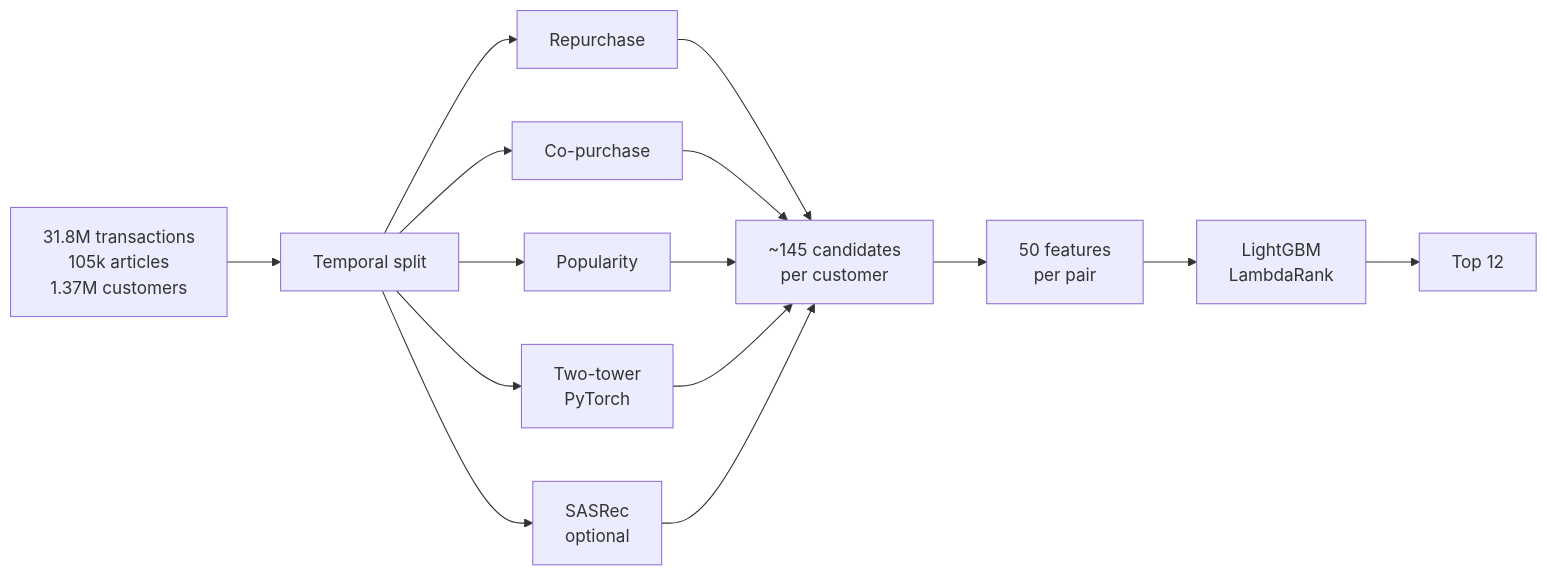
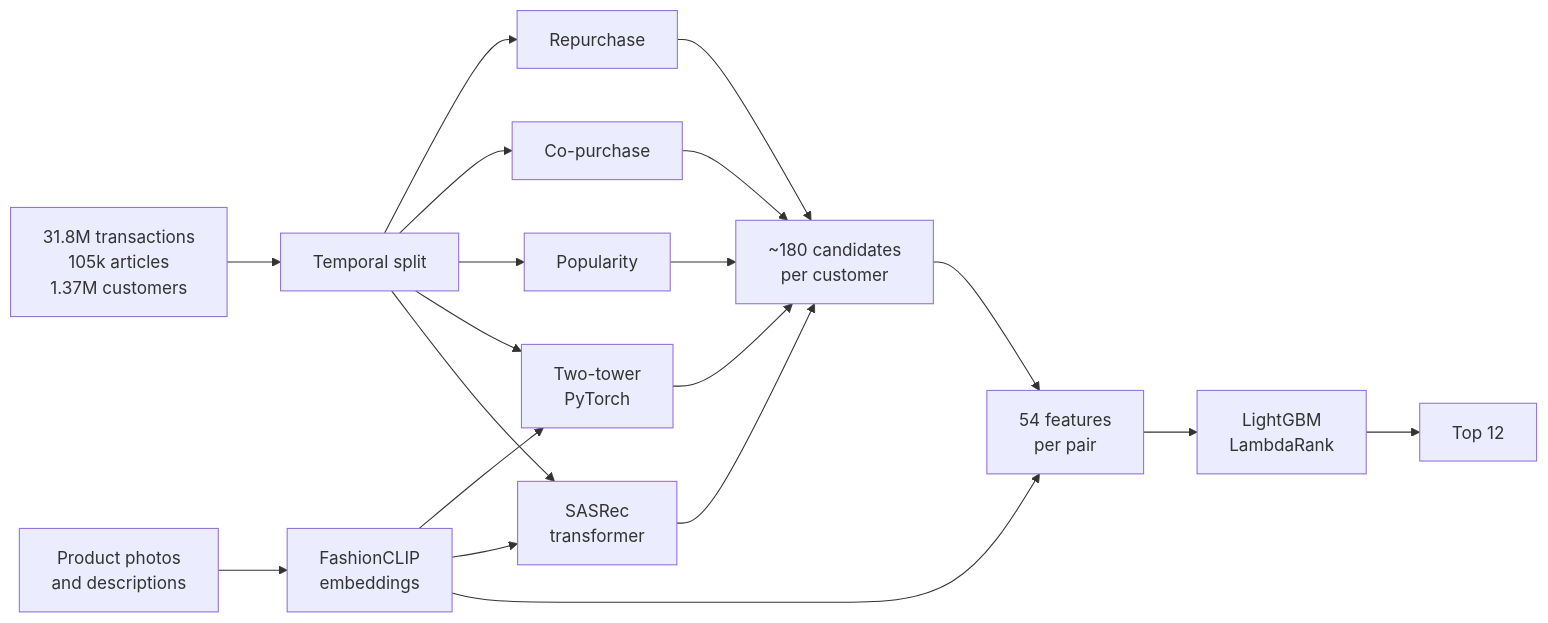
Before and after one commit to ZianiYounes/hm-recsys: the diagram in README.md, drawn with Mermaid. The commit also changed other lines of this file, not shown here.

````diff
--- a/README.md
+++ b/README.md
@@ -24,17 +26,21 @@
 ```mermaid
 flowchart LR
     T[31.8M transactions<br/>105k articles<br/>1.37M customers] --> S[Temporal split]
     S --> R1[Repurchase]
     S --> R2[Co-purchase]
     S --> R3[Popularity]
     S --> R4[Two-tower<br/>PyTorch]
-    S --> R5[SASRec<br/>optional]
-    R1 --> C[~145 candidates<br/>per customer]
+    S --> R5[SASRec<br/>transformer]
+    I[Product photos<br/>and descriptions] --> E[FashionCLIP<br/>embeddings]
+    E --> R4
+    E --> R5
+    E --> F
+    R1 --> C[~180 candidates<br/>per customer]
     R2 --> C
     R3 --> C
     R4 --> C
     R5 --> C
-    C --> F[50 features<br/>per pair]
+    C --> F[54 features<br/>per pair]
     F --> L[LightGBM<br/>LambdaRank]
     L --> O[Top 12]
 ```
````
